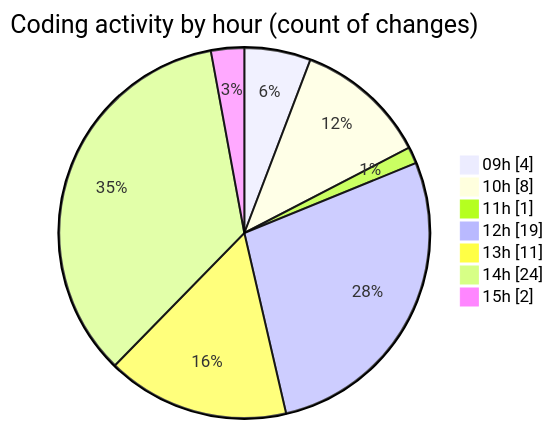
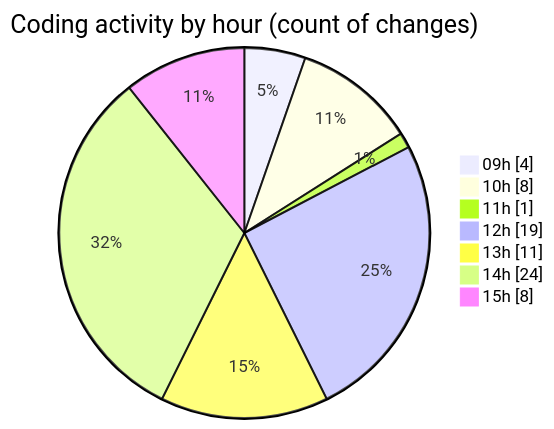
The second of 2 diagrams in 2026-02-18/nxtqube_webapp/README.md (nxtqubesakshisongat/code-tracking), drawn with Mermaid before and after one commit. The commit also changed other lines of this file and 1 other file, not shown here.

````diff
--- a/2026-02-18/nxtqube_webapp/README.md
+++ b/2026-02-18/nxtqube_webapp/README.md
@@ -36,11 +36,11 @@
 ```mermaid
 pie showData
 title Coding activity by hour (count of changes)
 "09h" : 4
 "10h" : 8
 "11h" : 1
 "12h" : 19
 "13h" : 11
 "14h" : 24
-"15h" : 2
+"15h" : 8
 ```
````
